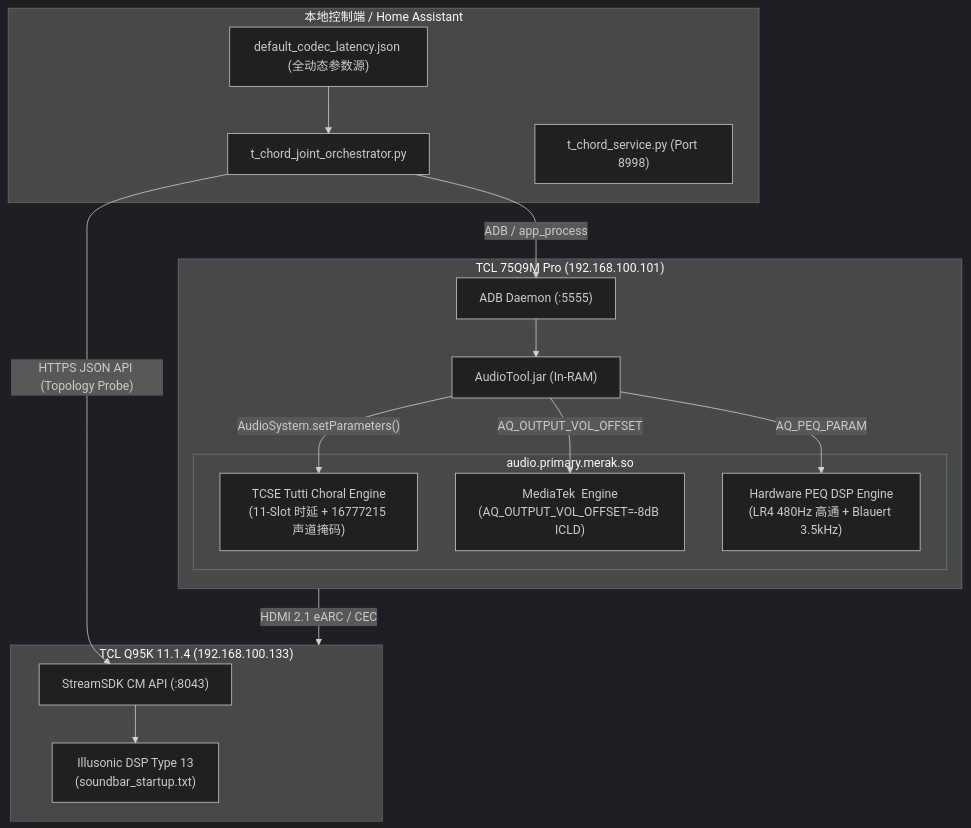
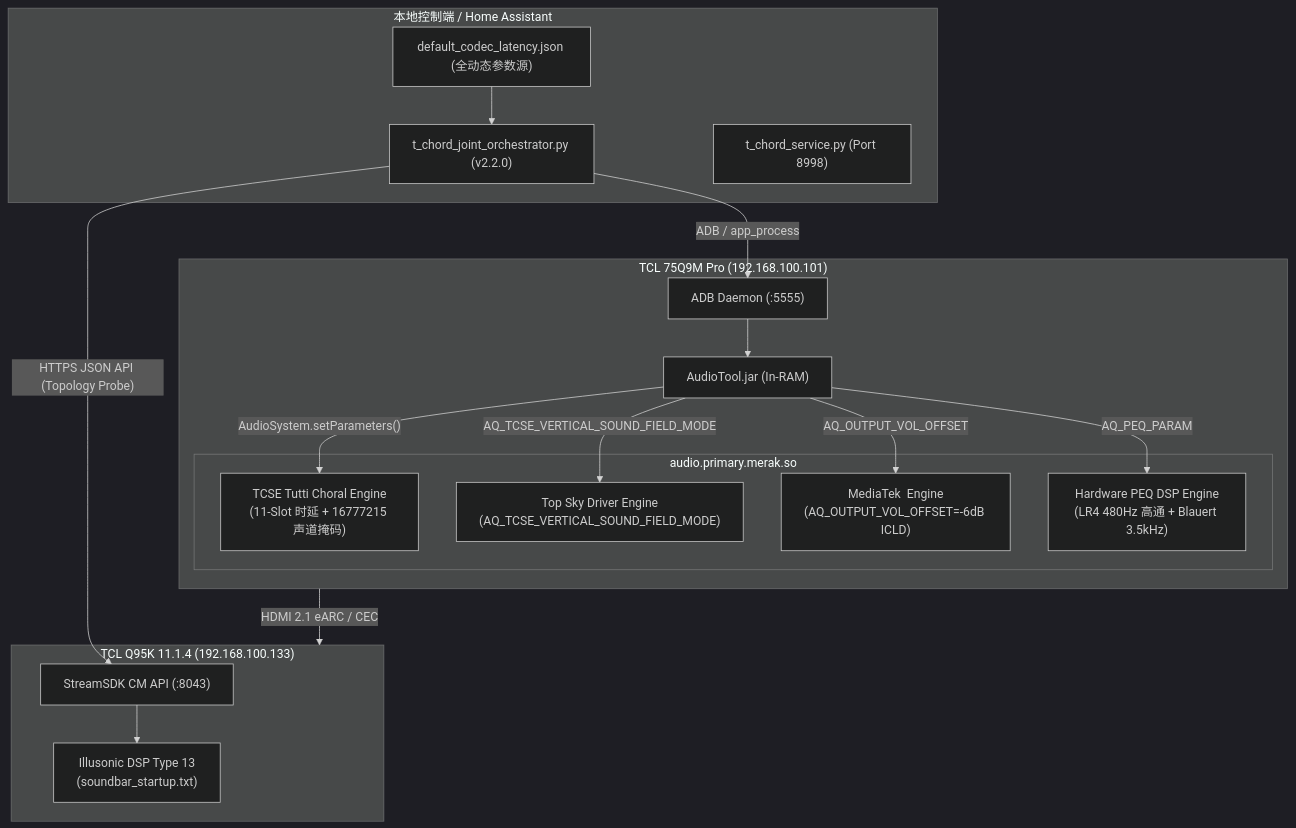
One commit to EBOLABOY/tcl-tchord-optimizer changed the diagram in README.md. Above: the diagram before and after it, drawn with Mermaid (dark theme). The commit also changed other lines of this file and 7 other files, not shown here.

````diff
--- a/README.md
+++ b/README.md
@@ -42,35 +63,37 @@
 ```mermaid
 flowchart TD
     subgraph Host["本地控制端 / Home Assistant"]
-        Orch["t_chord_joint_orchestrator.py"]
+        Orch["t_chord_joint_orchestrator.py (v2.2.0)"]
         Service["t_chord_service.py (Port 8998)"]
         Config["default_codec_latency.json (全动态参数源)"]
     end
 
     subgraph TV["TCL 75Q9M Pro (192.168.100.101)"]
         ADB["ADB Daemon (:5555)"]
         Dex["AudioTool.jar (In-RAM)"]
         
         subgraph MediaTek_HAL["audio.primary.merak.so"]
             TCSE["TCSE Tutti Choral Engine\n(11-Slot 时延 + 16777215 声道掩码)"]
-            APAF["MediaTek <APAF> Engine\n(AQ_OUTPUT_VOL_OFFSET=-8dB ICLD)"]
+            VSky["Top Sky Driver Engine\n(AQ_TCSE_VERTICAL_SOUND_FIELD_MODE)"]
+            APAF["MediaTek <APAF> Engine\n(AQ_OUTPUT_VOL_OFFSET=-6dB ICLD)"]
             PEQ["Hardware PEQ DSP Engine\n(LR4 480Hz 高通 + Blauert 3.5kHz)"]
         end
         
         ADB --> Dex
         Dex -->|"AudioSystem.setParameters()"| TCSE
+        Dex -->|"AQ_TCSE_VERTICAL_SOUND_FIELD_MODE"| VSky
         Dex -->|"AQ_OUTPUT_VOL_OFFSET"| APAF
         Dex -->|"AQ_PEQ_PARAM"| PEQ
     end
 
     subgraph Soundbar["TCL Q95K 11.1.4 (192.168.100.133)"]
         StreamSDK["StreamSDK CM API (:8043)"]
         Illusonic["Illusonic DSP Type 13\n(soundbar_startup.txt)"]
         StreamSDK --> Illusonic
     end
 
     Config --> Orch
     Orch -->|"ADB / app_process"| ADB
     Orch -->|"HTTPS JSON API (Topology Probe)"| StreamSDK
     TV --"HDMI 2.1 eARC / CEC"--> Soundbar
 ```
````
